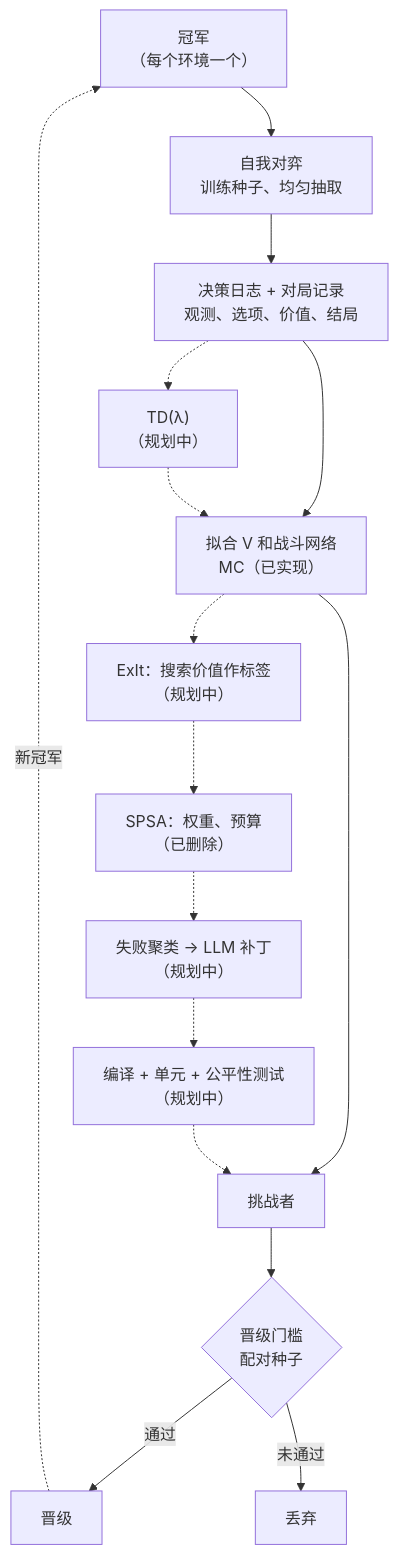
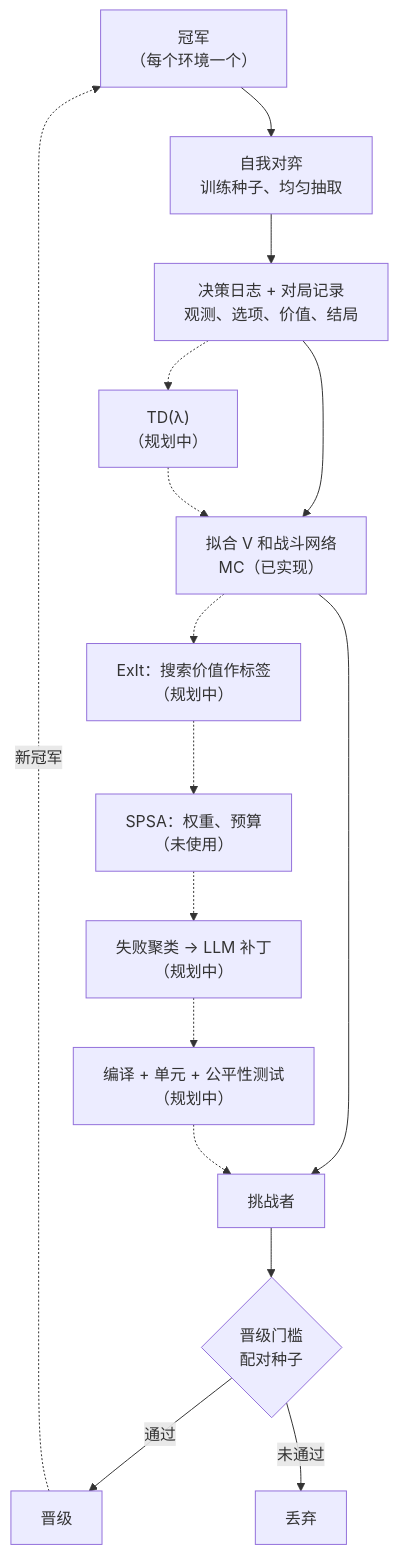
One commit to shinnku-nikaidou/spire-zero changed the diagram in docs/src/content/docs/arch/learning/loop.mdx. Above: the diagram before and after it, drawn with Mermaid. The commit also changed other lines of this file and 119 other files, not shown here.

````diff
--- a/docs/src/content/docs/arch/learning/loop.mdx
+++ b/docs/src/content/docs/arch/learning/loop.mdx
@@ -21,18 +21,18 @@
 ```mermaid
 flowchart TD
   C["冠军<br/>（每个环境一个）"] --> SP["自我对弈<br/>训练种子、均匀抽取"]
   SP --> L["决策日志 + 对局记录<br/>观测、选项、价值、结局"]
   L --> F["拟合 V 和战斗网络<br/>MC（已实现）"]
   L -.-> TD["TD(λ)<br/>（规划中）"]
   TD -.-> F
   F -.-> X["ExIt：搜索价值作标签<br/>（规划中）"]
-  X -.-> T["SPSA：权重、预算<br/>（已删除）"]
+  X -.-> T["SPSA：权重、预算<br/>（未使用）"]
   T -.-> FC["失败聚类 → LLM 补丁<br/>（规划中）"]
   FC -.-> CT["编译 + 单元 + 公平性测试<br/>（规划中）"]
   F --> CH["挑战者"]
   CT -.-> CH
   CH --> G{"晋级门槛<br/>配对种子"}
   G -->|通过| PR["晋级"]
   G -->|未通过| D["丢弃"]
   PR -.->|"新冠军"| C
 ```
````
